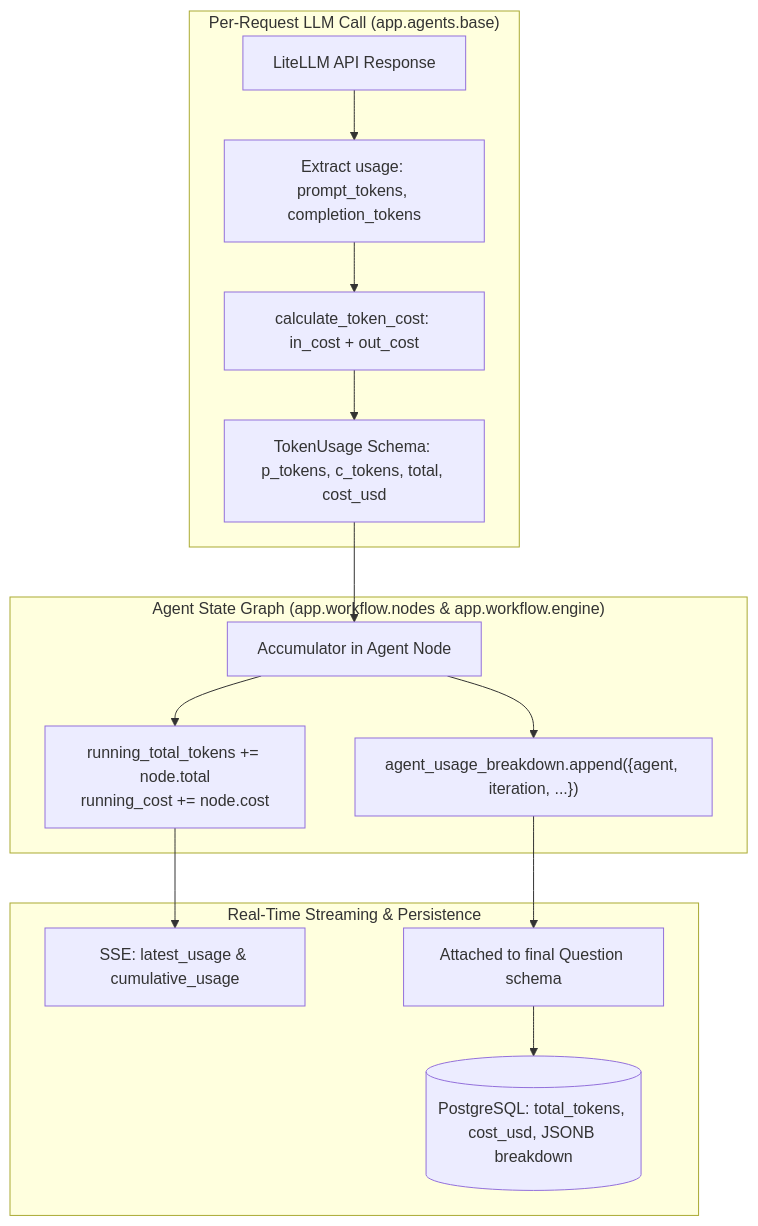
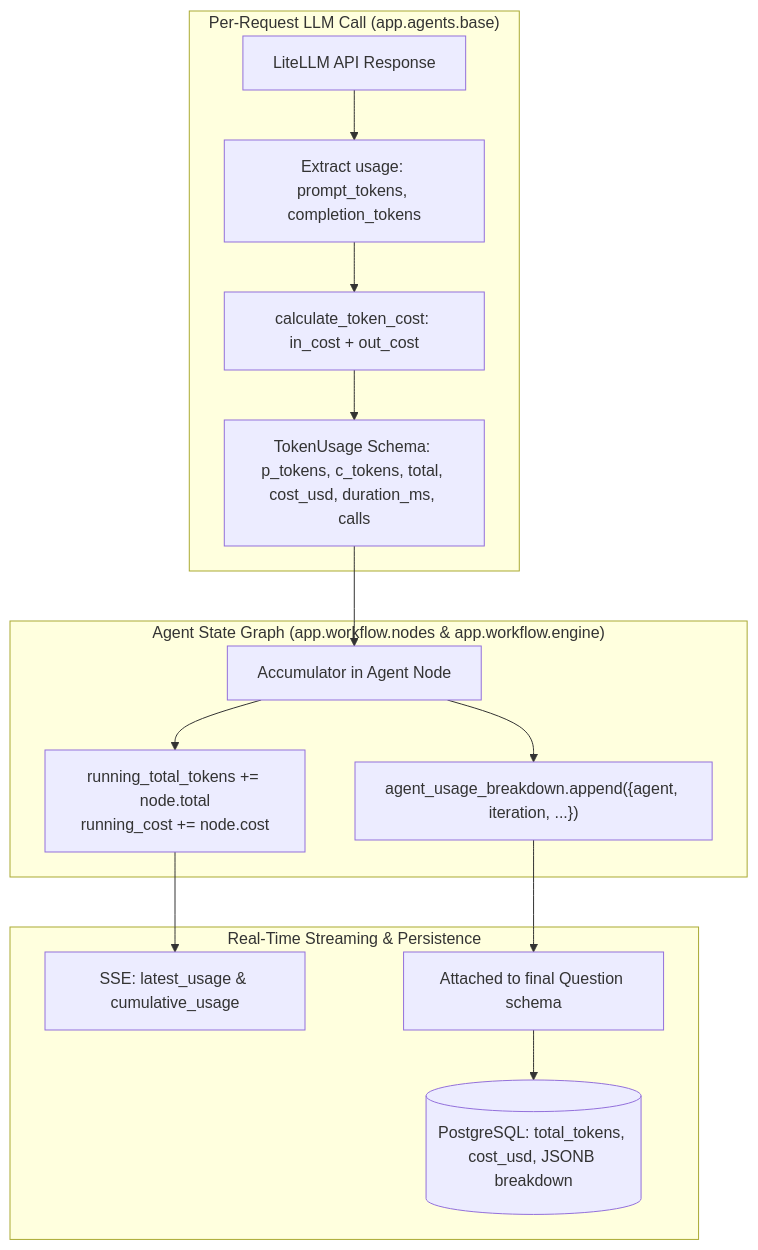
The diagram in docs/TOKEN_TRACKING.md (VishwamPatel-Infynno/Question-Bank-Generator), drawn with Mermaid before and after one commit. The commit also changed other lines of this file and 24 other files, not shown here.

Commit message:
docs: comprehensive documentation synchronization, architecture alignment, and glossary addition

````diff
--- a/docs/TOKEN_TRACKING.md
+++ b/docs/TOKEN_TRACKING.md
@@ -114,20 +116,20 @@
 ```mermaid
 graph TD
     subgraph "Per-Request LLM Call (app.agents.base)"
         LLM[LiteLLM API Response] --> Extract[Extract usage: prompt_tokens, completion_tokens]
         Extract --> CalcCost[calculate_token_cost: in_cost + out_cost]
-        CalcCost --> TokenUsageObj[TokenUsage Schema: p_tokens, c_tokens, total, cost_usd]
+        CalcCost --> TokenUsageObj[TokenUsage Schema: p_tokens, c_tokens, total, cost_usd, duration_ms, calls]
     end
 
     subgraph "Agent State Graph (app.workflow.nodes & app.workflow.engine)"
         TokenUsageObj --> Accumulate[Accumulator in Agent Node]
         Accumulate --> RunningTotals["running_total_tokens += node.total<br>running_cost += node.cost"]
         Accumulate --> ItemizedList["agent_usage_breakdown.append({agent, iteration, ...})"]
     end
 
     subgraph "Real-Time Streaming & Persistence"
         RunningTotals --> SSE[SSE: latest_usage & cumulative_usage]
         ItemizedList --> FinalQ[Attached to final Question schema]
         FinalQ --> PG[(PostgreSQL: total_tokens, cost_usd, JSONB breakdown)]
     end
 ```
````
